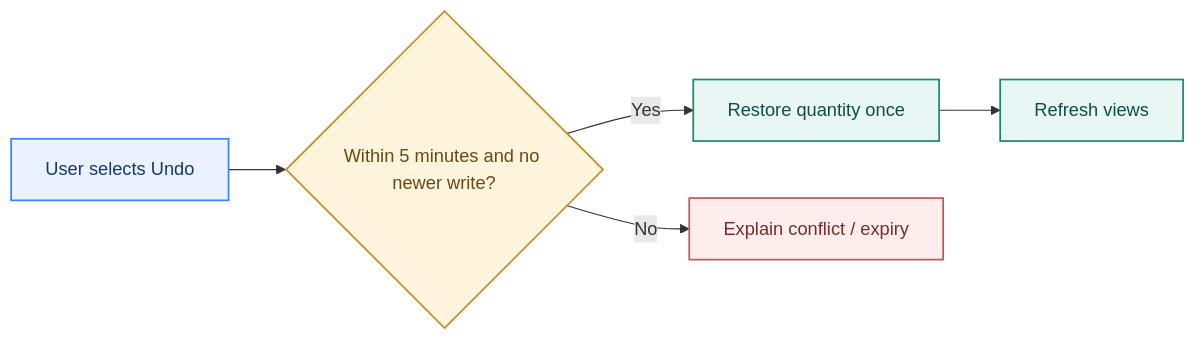
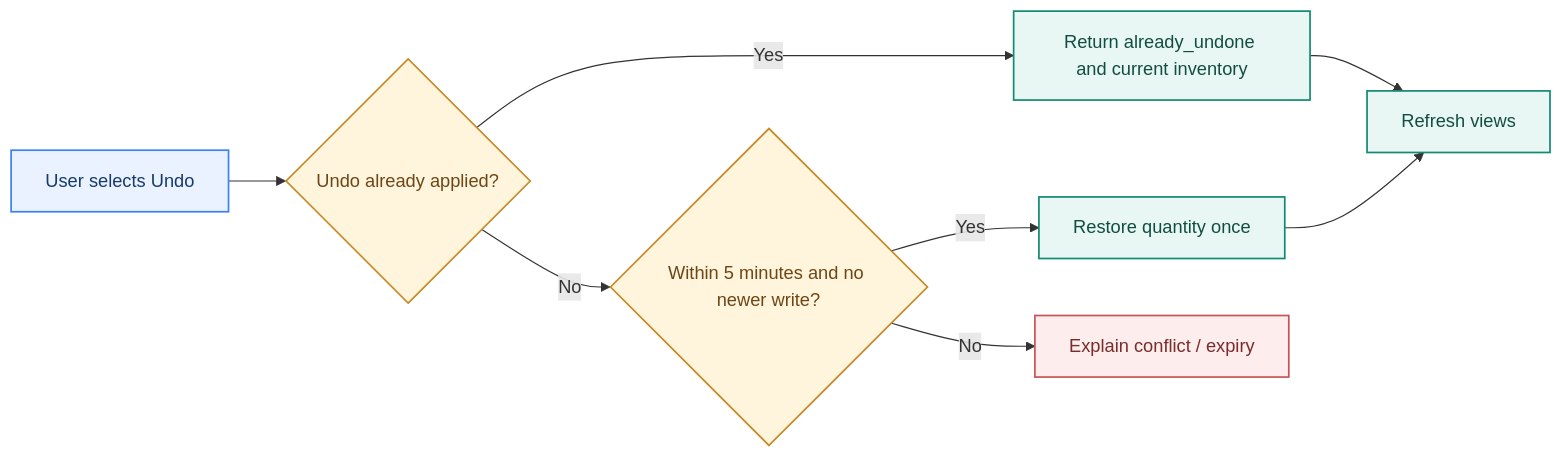
One commit to chankiahuja/pantry-pal changed the fifth of 9 diagrams in docs/ARCHITECTURE-REFERENCE.md. Above: the diagram before and after it, drawn with Mermaid. The commit also changed other lines of this file, not shown here.

Commit message:
docs: correct broadcast, Undo retry and after-commit diagrams

````diff
--- a/docs/ARCHITECTURE-REFERENCE.md
+++ b/docs/ARCHITECTURE-REFERENCE.md
@@ -115,14 +116,17 @@
 ```mermaid
 flowchart LR
-    Undo["User selects Undo"] --> Check{"Within 5 minutes and no newer write?"}
+    Undo["User selects Undo"] --> Applied{"Undo already applied?"}
+    Applied -->|Yes| Already["Return already_undone and current inventory"]
+    Applied -->|No| Check{"Within 5 minutes and no newer write?"}
     Check -->|Yes| Restore["Restore quantity once"] --> Refresh["Refresh views"]
     Check -->|No| Conflict["Explain conflict / expiry"]
+    Already --> Refresh
     classDef action fill:#EAF2FF,stroke:#3B82F6,color:#163A6B,stroke-width:1.5px
     classDef decision fill:#FFF4DC,stroke:#C68A25,color:#6D4615,stroke-width:1.5px
     classDef success fill:#E8F7F3,stroke:#138A72,color:#124D41,stroke-width:1.5px
     classDef failure fill:#FDEDEC,stroke:#C65656,color:#792C2C,stroke-width:1.5px
     class Undo action
-    class Check decision
-    class Restore,Refresh success
+    class Applied,Check decision
+    class Already,Restore,Refresh success
     class Conflict failure
 ```
````
